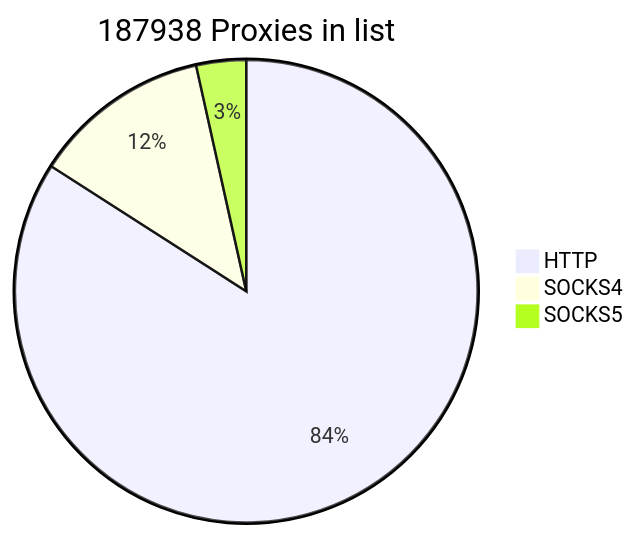
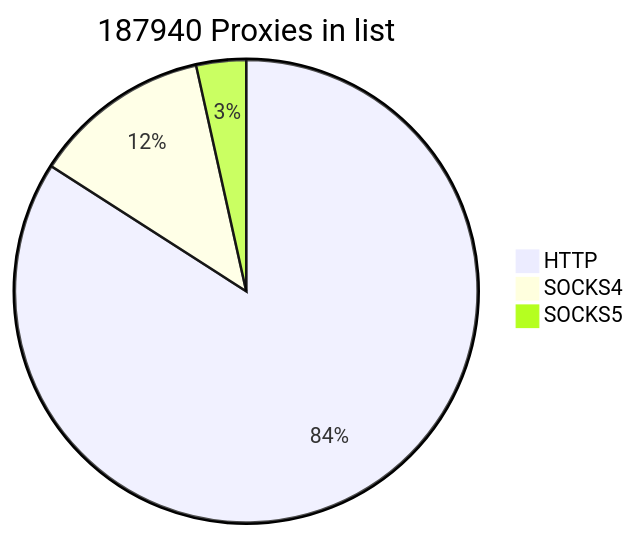
The first of 2 diagrams in README.md (cutipu/proxylist), drawn with Mermaid before and after one commit. The commit also changed other lines of this file, not shown here.

````diff
--- a/README.md
+++ b/README.md
@@ -2,7 +2,7 @@
 ```mermaid
-pie title 187938 Proxies in list
-    "HTTP" : 158007
+pie title 187940 Proxies in list
+    "HTTP" : 158010
     "SOCKS4" : 23391
-    "SOCKS5" : 6540
+    "SOCKS5" : 6539
             
 ```
````
